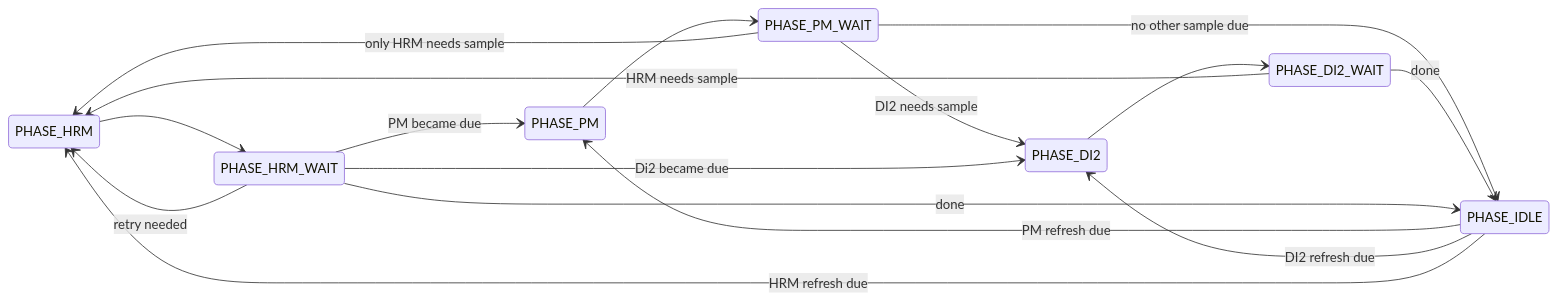
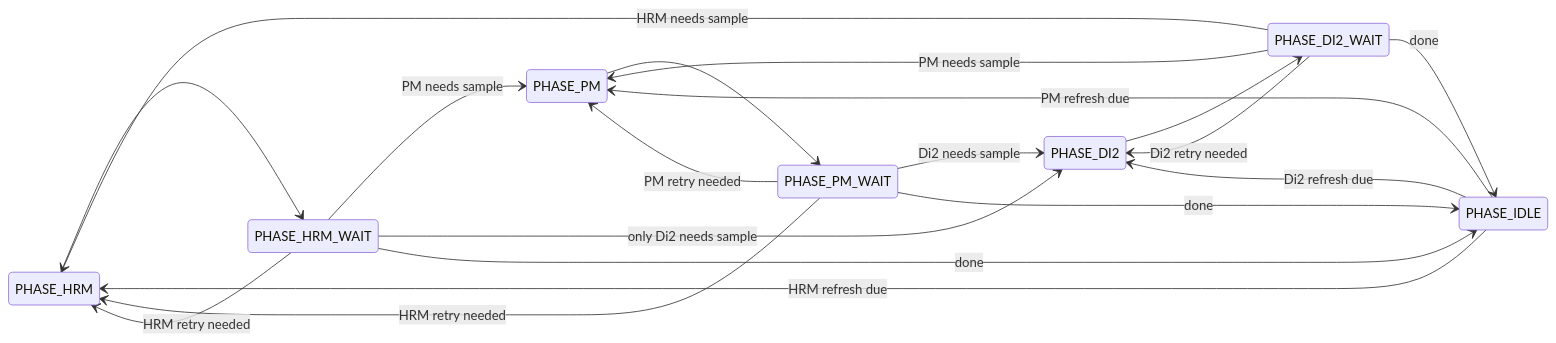
One commit to gastoner/SensorBattery changed the second of 3 diagrams in docs/specs.md. Above: the diagram before and after it, drawn with Mermaid. The commit also changed other lines of this file and 7 other files, not shown here.

````diff
--- a/docs/specs.md
+++ b/docs/specs.md
@@ -187,27 +187,30 @@
 ```mermaid
 stateDiagram-v2
   direction LR
   HRM: PHASE_HRM
   HRM_WAIT: PHASE_HRM_WAIT
   PM: PHASE_PM
   PM_WAIT: PHASE_PM_WAIT
   DI2: PHASE_DI2
   DI2_WAIT: PHASE_DI2_WAIT
   IDLE: PHASE_IDLE
 
+  HRM --> HRM_WAIT
+  HRM_WAIT --> PM: PM needs sample
+  HRM_WAIT --> DI2: only Di2 needs sample
+  HRM_WAIT --> HRM: HRM retry needed
+  HRM_WAIT --> IDLE: done
   PM --> PM_WAIT
-  PM_WAIT --> DI2: DI2 needs sample
-  PM_WAIT --> HRM: only HRM needs sample
-  PM_WAIT --> IDLE: no other sample due
+  PM_WAIT --> DI2: Di2 needs sample
+  PM_WAIT --> HRM: HRM retry needed
+  PM_WAIT --> PM: PM retry needed
+  PM_WAIT --> IDLE: done
   DI2 --> DI2_WAIT
   DI2_WAIT --> HRM: HRM needs sample
+  DI2_WAIT --> PM: PM needs sample
+  DI2_WAIT --> DI2: Di2 retry needed
   DI2_WAIT --> IDLE: done
-  HRM --> HRM_WAIT
-  HRM_WAIT --> PM: PM became due
-  HRM_WAIT --> DI2: Di2 became due
-  HRM_WAIT --> HRM: retry needed
-  HRM_WAIT --> IDLE: done
+  IDLE --> HRM: HRM refresh due
   IDLE --> PM: PM refresh due
-  IDLE --> DI2: DI2 refresh due
-  IDLE --> HRM: HRM refresh due
+  IDLE --> DI2: Di2 refresh due
 ```
````
